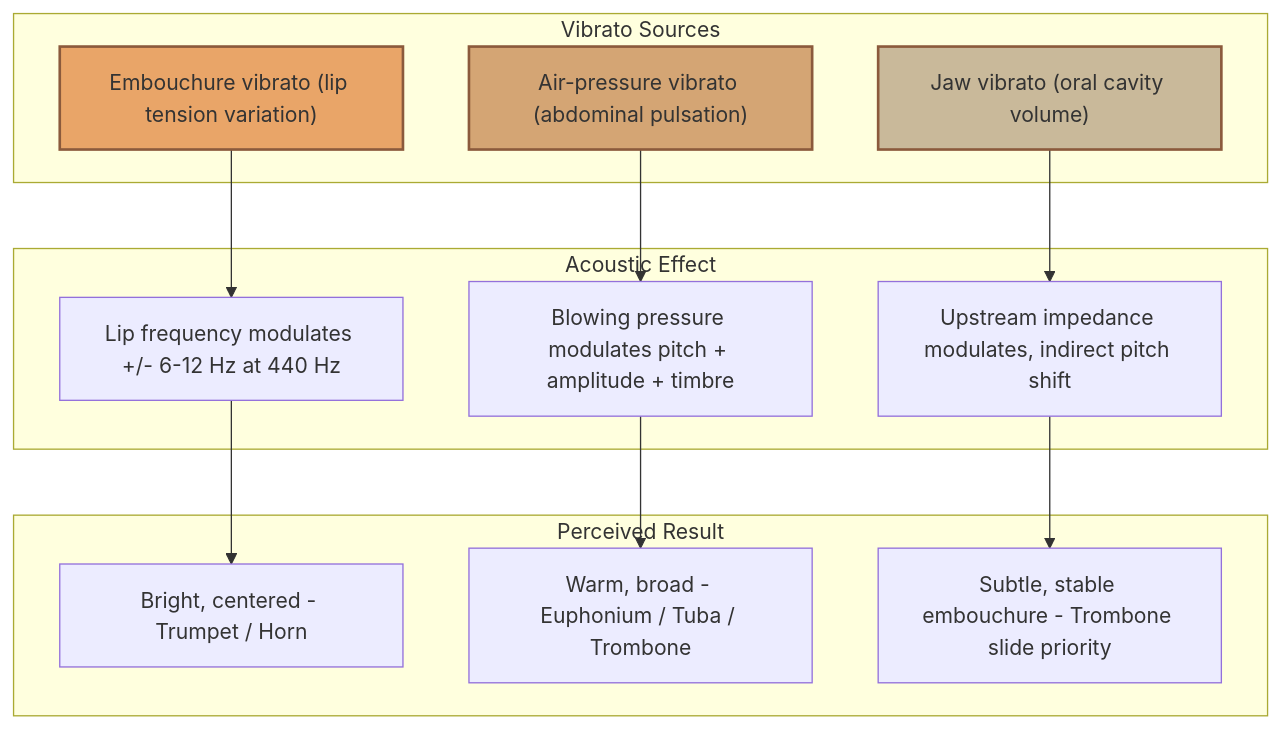
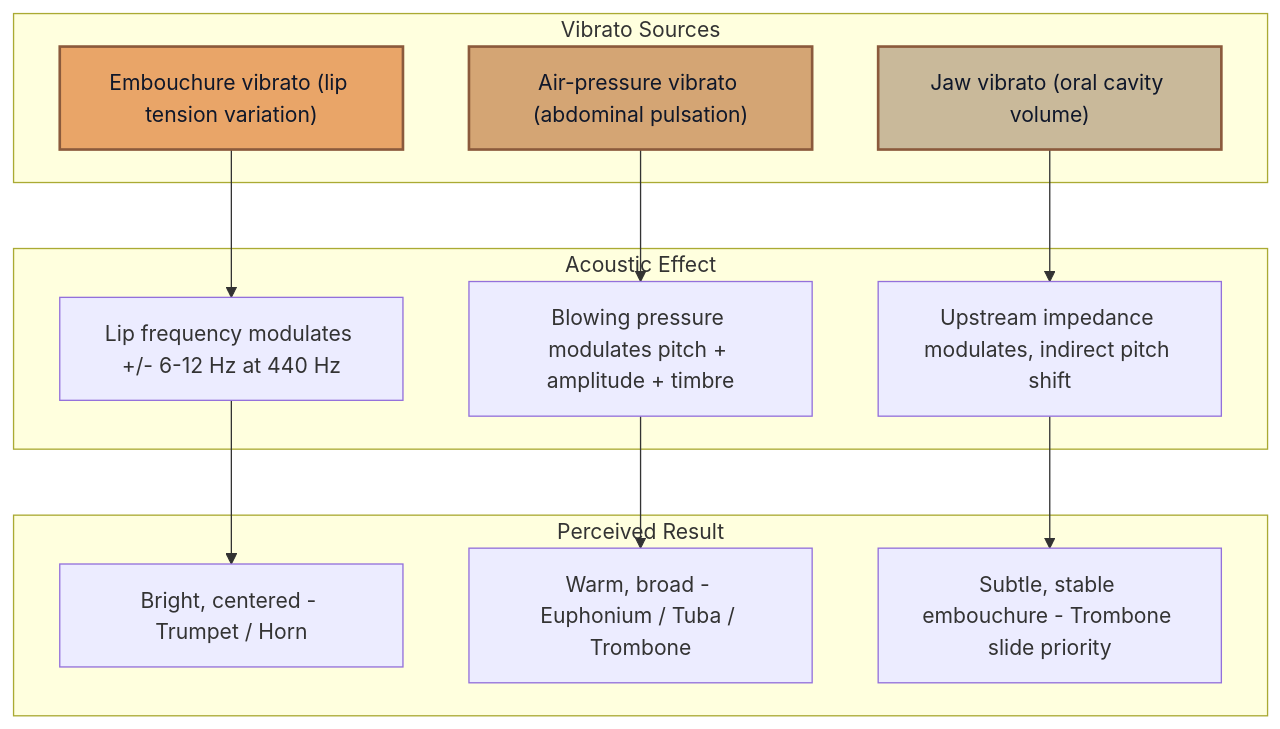
The fourth of 4 diagrams in topics/arts/music_performance/brass/lesson_02_articulation_and_vibrato.md (blebleblee/synapse), drawn with Mermaid before and after one commit. The commit also changed other lines of this file and 1464 other files, not shown here.

Commit message:
feat(release): curriculum vector mermaid upgrade, render hardening, and master synpack

````diff
--- a/topics/arts/music_performance/brass/lesson_02_articulation_and_vibrato.md
+++ b/topics/arts/music_performance/brass/lesson_02_articulation_and_vibrato.md
@@ -172,28 +172,28 @@
 ```mermaid
 graph TD
     subgraph sub_sources ["Vibrato Sources"]
         V1["Embouchure vibrato (lip tension variation)"]
         V2["Air-pressure vibrato (abdominal pulsation)"]
         V3["Jaw vibrato (oral cavity volume)"]
     end
 
     subgraph sub_effects ["Acoustic Effect"]
         E1["Lip frequency modulates +/- 6-12 Hz at 440 Hz"]
         E2["Blowing pressure modulates pitch + amplitude + timbre"]
         E3["Upstream impedance modulates, indirect pitch shift"]
     end
 
     subgraph sub_perception ["Perceived Result"]
         P1["Bright, centered - Trumpet / Horn"]
         P2["Warm, broad - Euphonium / Tuba / Trombone"]
         P3["Subtle, stable embouchure - Trombone slide priority"]
     end
 
     V1 --> E1 --> P1
     V2 --> E2 --> P2
     V3 --> E3 --> P3
 
-    style V1 fill:#E9A568,stroke:#8B5A3C,stroke-width:2px
-    style V2 fill:#D4A574,stroke:#8B5A3C,stroke-width:2px
-    style V3 fill:#C9B99A,stroke:#8B5A3C,stroke-width:2px
+    style V1 fill:#E9A568,stroke:#8B5A3C,stroke-width:2px,color:#0f172a
+    style V2 fill:#D4A574,stroke:#8B5A3C,stroke-width:2px,color:#0f172a
+    style V3 fill:#C9B99A,stroke:#8B5A3C,stroke-width:2px,color:#0f172a
 ```
````
